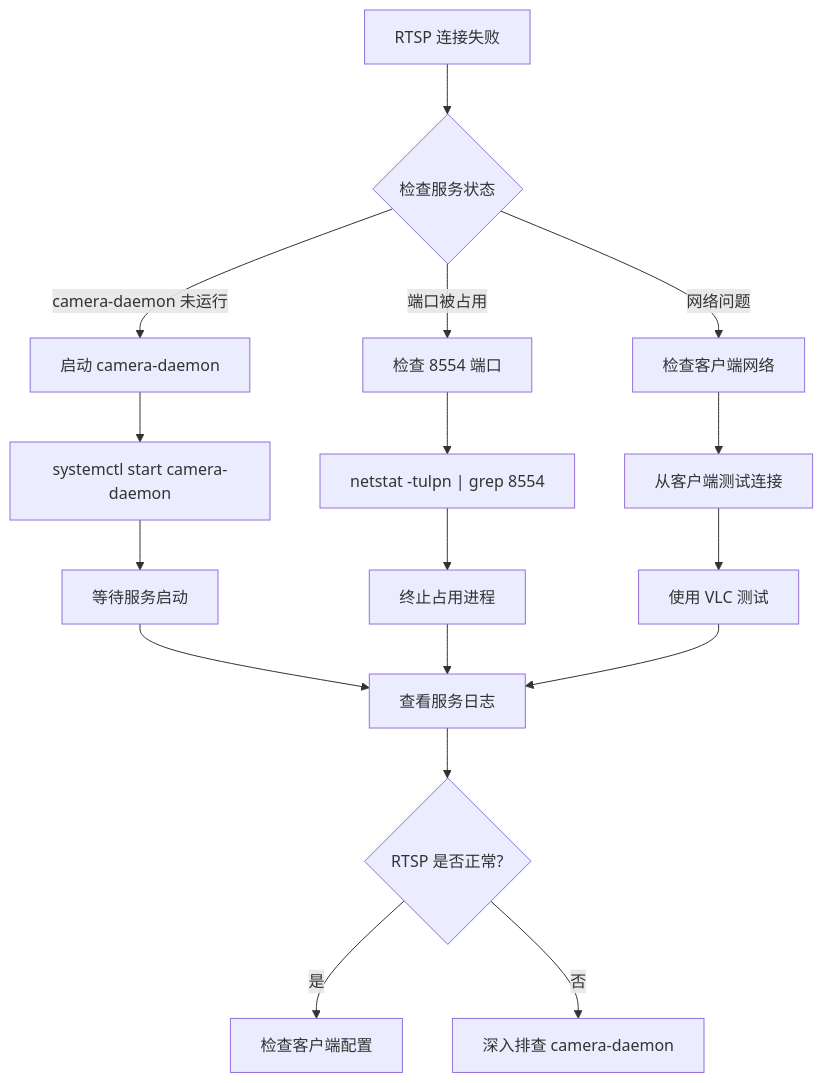
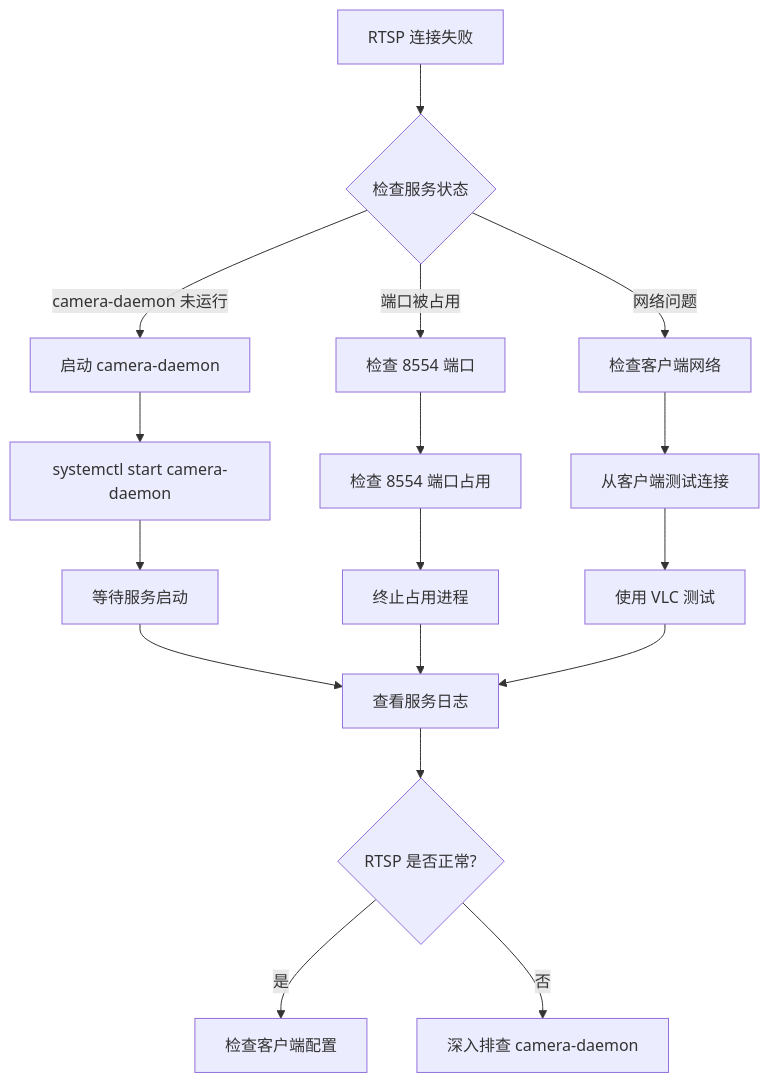
Before and after one commit to luommy/wiki-documents: the third of 3 diagrams in docs/6-neoeyes-ne503-series/3-software-guide/4-reference/1-troubleshooting.md, drawn with Mermaid. The commit also changed other lines of this file and 5 other files, not shown here.

````diff
--- a/docs/6-neoeyes-ne503-series/3-software-guide/4-reference/1-troubleshooting.md
+++ b/docs/6-neoeyes-ne503-series/3-software-guide/4-reference/1-troubleshooting.md
@@ -311,23 +146,23 @@
 ```mermaid
 flowchart TD
     A[RTSP 连接失败] --> B{检查服务状态}
     B -->|camera-daemon 未运行| C[启动 camera-daemon]
     B -->|端口被占用| D[检查 8554 端口]
     B -->|网络问题| E[检查客户端网络]
 
     C --> F[systemctl start camera-daemon]
-    D --> G["netstat -tulpn | grep 8554"]
+    D --> G["检查 8554 端口占用"]
     E --> H[从客户端测试连接]
 
     F --> I[等待服务启动]
     G --> J[终止占用进程]
     H --> K[使用 VLC 测试]
 
     I --> L[查看服务日志]
     J --> L
     K --> L
 
     L --> M{RTSP 是否正常?}
     M -->|是| N[检查客户端配置]
     M -->|否| O[深入排查 camera-daemon]
 ```
````
